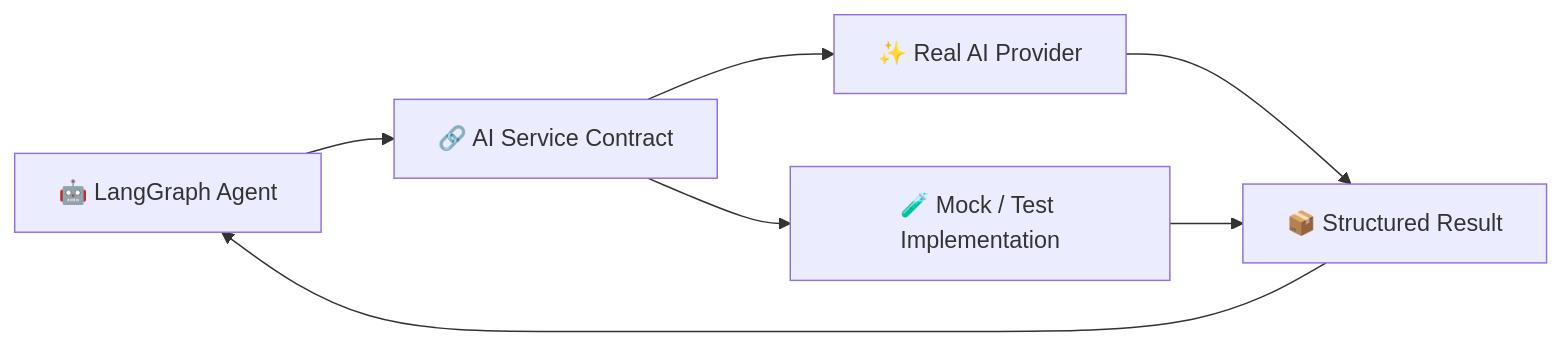
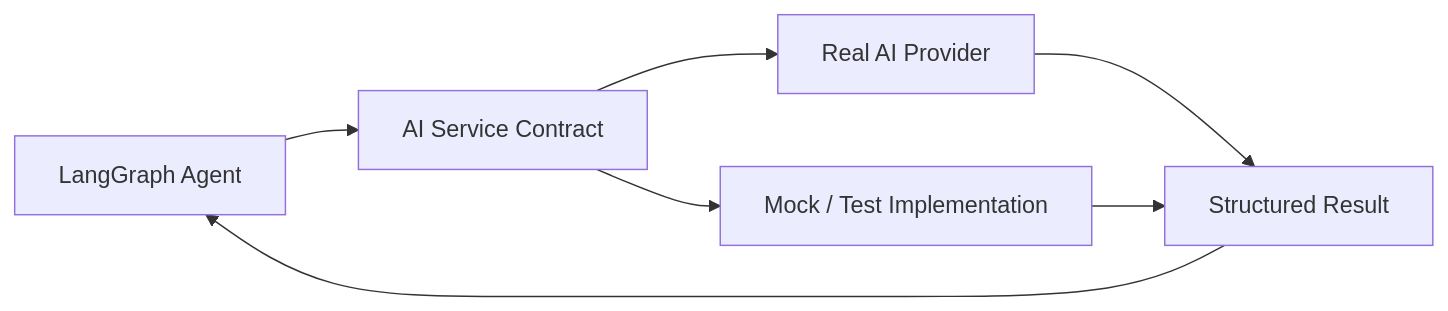
Diagram 16 of 16 in README.md (IlIGODIlI/CarePath-AI), drawn with Mermaid before and after one commit. The commit also changed other lines of this file, not shown here.

````diff
--- a/README.md
+++ b/README.md
@@ -1271,23 +1425,23 @@
 ```mermaid
 flowchart LR
 
-    AGENT["🤖 LangGraph Agent"]
+ AGENT["LangGraph Agent"]
 
-    CONTRACT["🔗 AI Service Contract"]
+ CONTRACT["AI Service Contract"]
 
-    REAL["✨ Real AI Provider"]
+ REAL["Real AI Provider"]
 
-    MOCK["🧪 Mock / Test Implementation"]
+ MOCK["Mock / Test Implementation"]
 
-    RESULT["📦 Structured Result"]
+ RESULT["Structured Result"]
 
-    AGENT --> CONTRACT
+ AGENT --> CONTRACT
 
-    CONTRACT --> REAL
-    CONTRACT --> MOCK
+ CONTRACT --> REAL
+ CONTRACT --> MOCK
 
-    REAL --> RESULT
-    MOCK --> RESULT
+ REAL --> RESULT
+ MOCK --> RESULT
 
-    RESULT --> AGENT
+ RESULT --> AGENT
 ```
````
